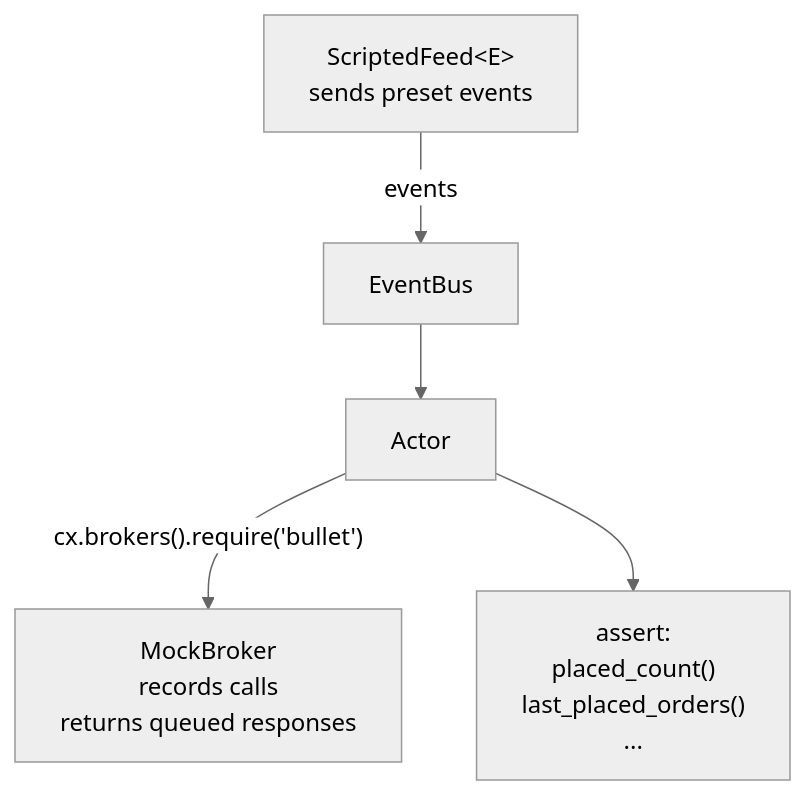
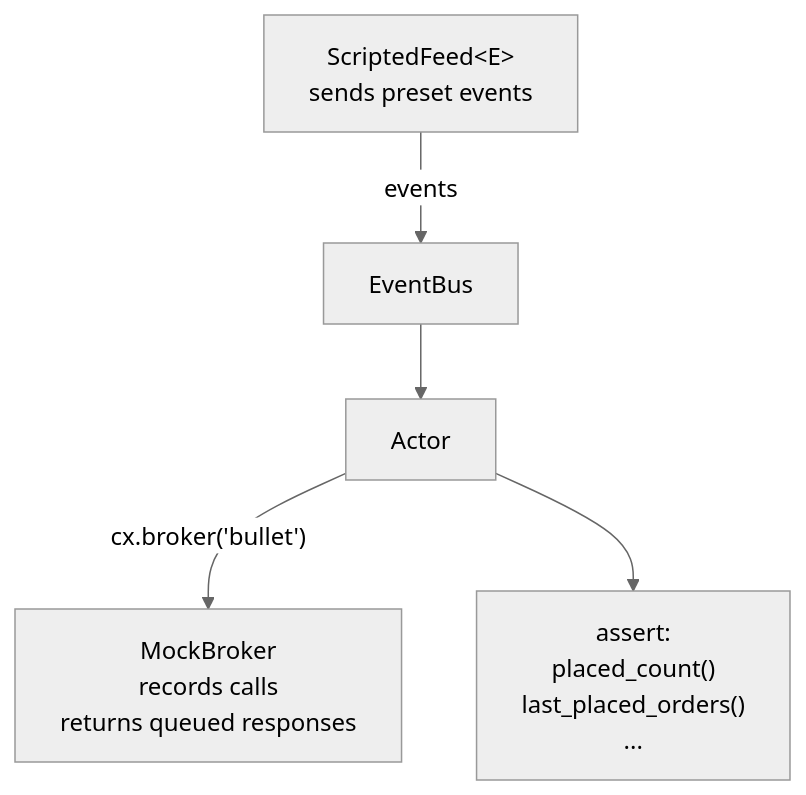
The sixth of 6 diagrams in docs/ARCHITECTURE.md (bulletxyz/bullet-bots), drawn with Mermaid (neutral theme) before and after one commit. The commit also changed 25 other files, not shown here.

````diff
--- a/docs/ARCHITECTURE.md
+++ b/docs/ARCHITECTURE.md
@@ -194,7 +194,7 @@
 ```mermaid
 graph TD
     SF["ScriptedFeed&lt;E&gt;\nsends preset events"] -->|events| Bus["EventBus"]
     Bus --> A["Actor"]
-    A -->|"cx.brokers().require('bullet')"| MB["MockBroker\nrecords calls\nreturns queued responses"]
+    A -->|"cx.broker('bullet')"| MB["MockBroker\nrecords calls\nreturns queued responses"]
     A --> AS["assert:\nplaced_count()\nlast_placed_orders()\n..."]
 ```
````
